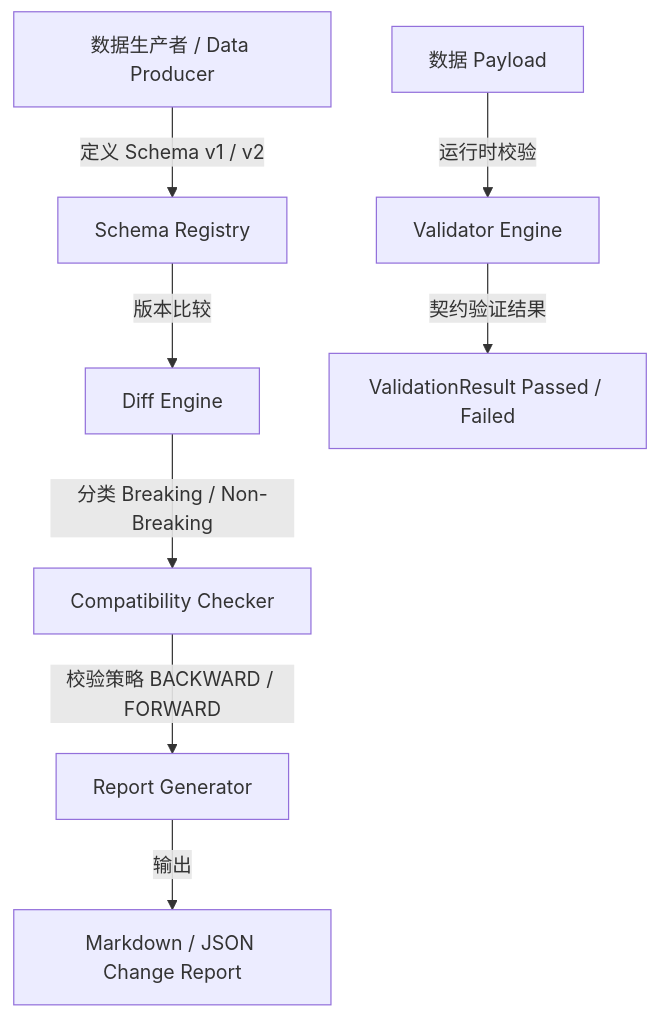
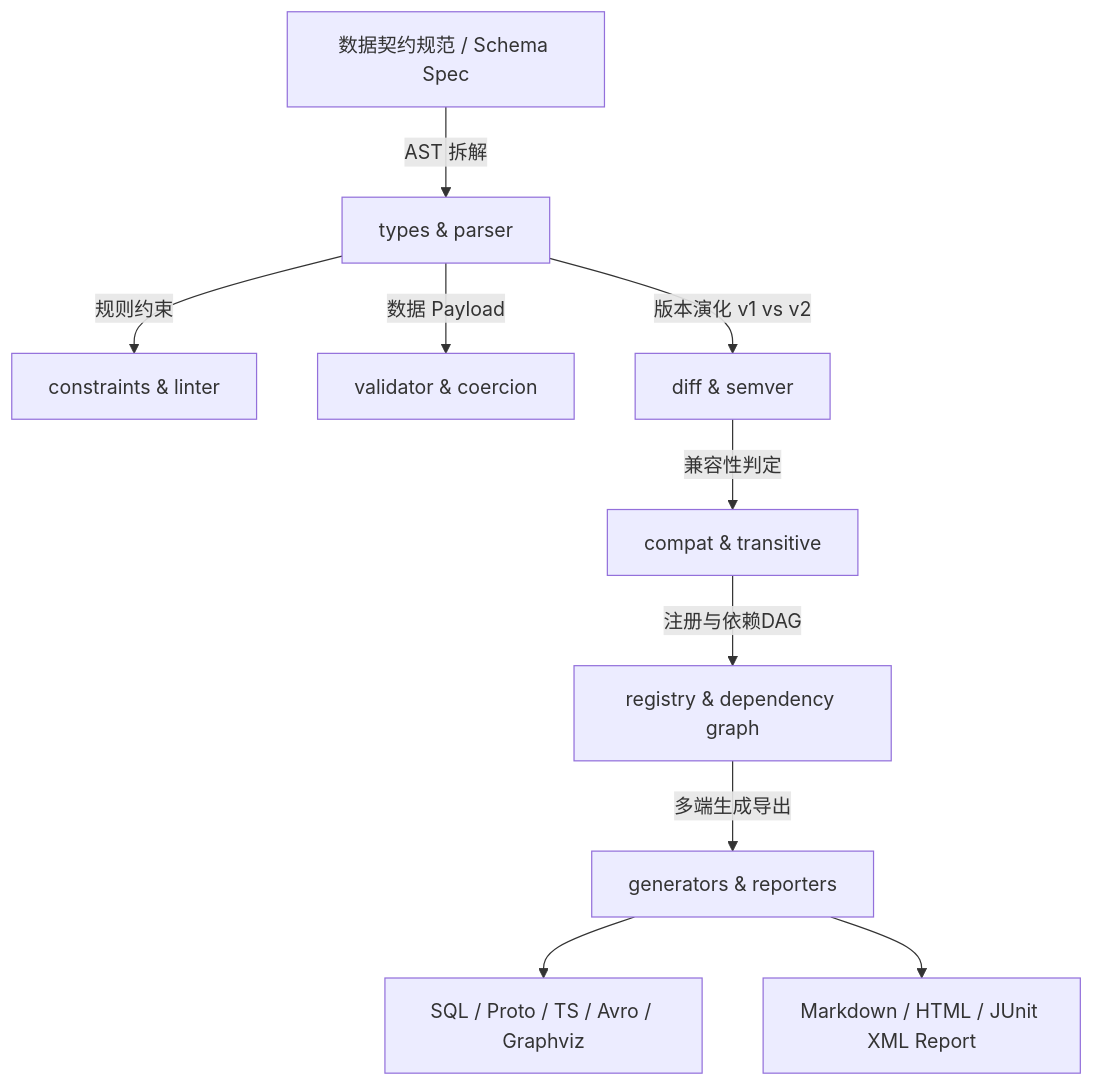
Before and after one commit to lyjttio/moon-data-contract: the diagram in README.md, drawn with Mermaid. The commit also changed other lines of this file, not shown here.

````diff
--- a/README.md
+++ b/README.md
@@ -42,11 +51,13 @@
 ```mermaid
 flowchart TD
-    A[数据生产者 / Data Producer] -->|定义 Schema v1 / v2| B[Schema Registry]
-    B -->|版本比较| C[Diff Engine]
-    C -->|分类 Breaking / Non-Breaking| D[Compatibility Checker]
-    D -->|校验策略 BACKWARD / FORWARD| E[Report Generator]
-    E -->|输出| F[Markdown / JSON Change Report]
+    A[数据契约规范 / Schema Spec] -->|AST 拆解| B[types & parser]
+    B -->|规则约束| C[constraints & linter]
+    B -->|数据 Payload| D[validator & coercion]
+    B -->|版本演化 v1 vs v2| E[diff & semver]
+    E -->|兼容性判定| F[compat & transitive]
+    F -->|注册与依赖DAG| G[registry & dependency graph]
+    G -->|多端生成导出| H[generators & reporters]
     
-    G[数据 Payload] -->|运行时校验| H[Validator Engine]
-    H -->|契约验证结果| I[ValidationResult Passed / Failed]
+    H --> I[SQL / Proto / TS / Avro / Graphviz]
+    H --> J[Markdown / HTML / JUnit XML Report]
 ```
````
